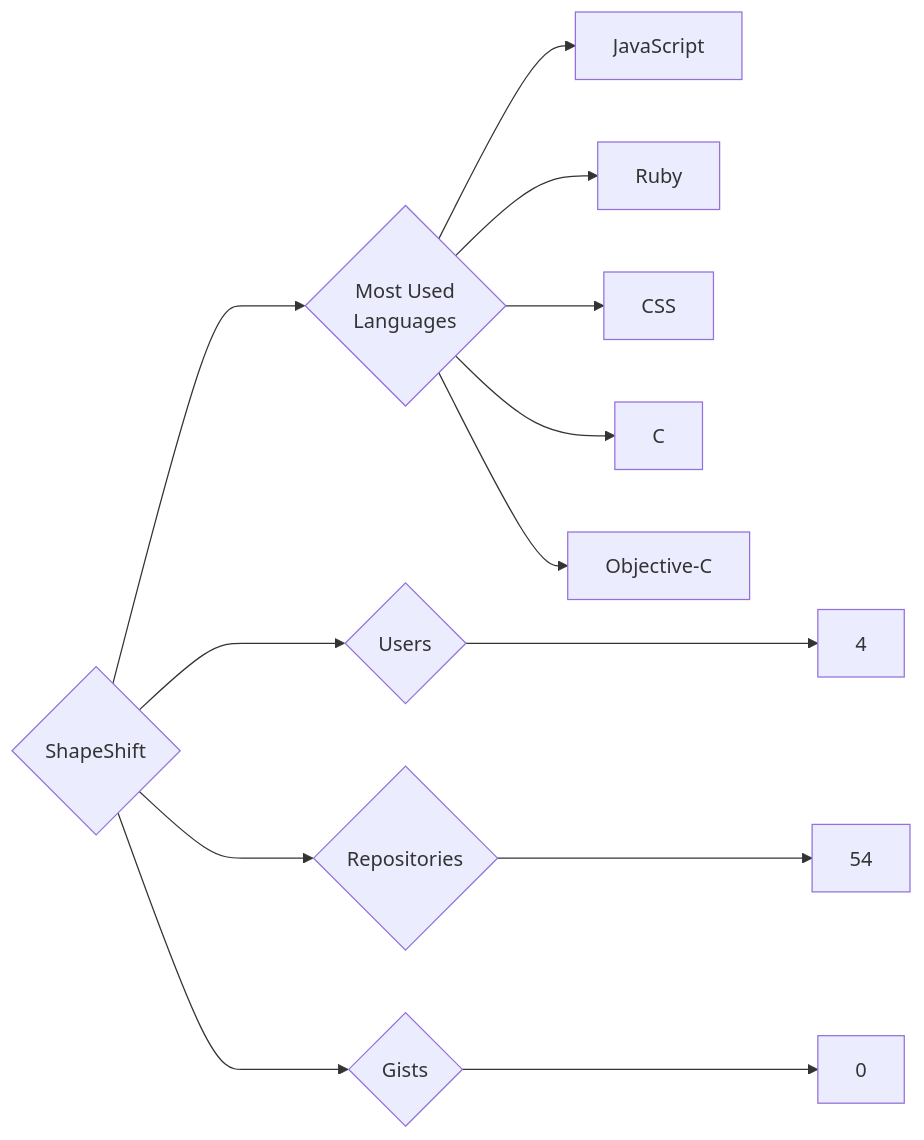
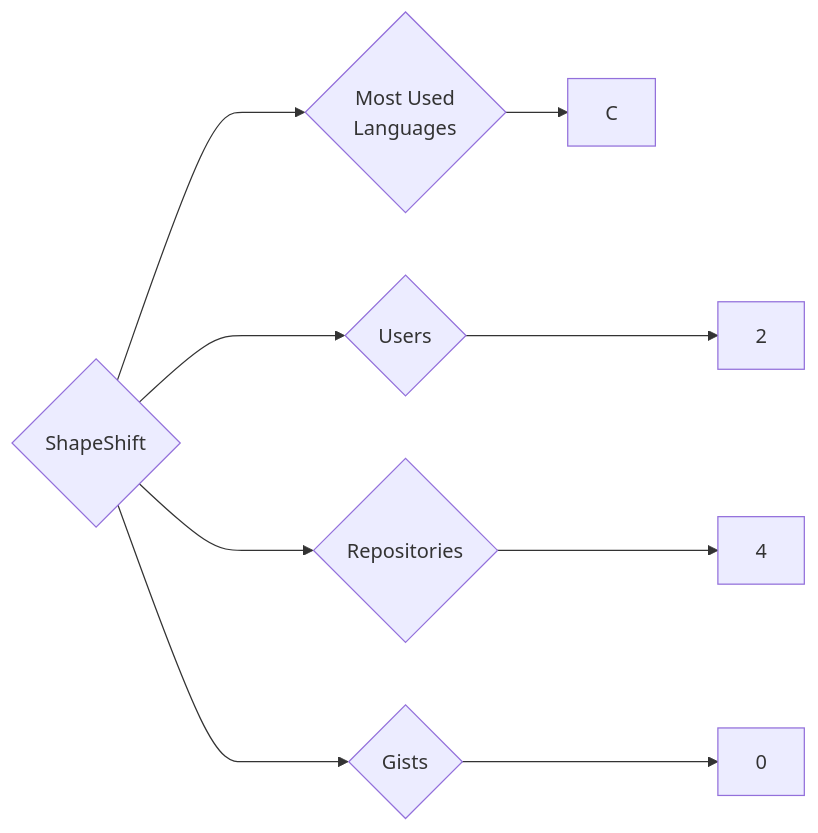
Before and after one commit to trickest/insiders: the diagram in targets/ShapeShift/README.md, drawn with Mermaid. The commit also changed 1496 other files, not shown here.

````diff
--- a/targets/ShapeShift/README.md
+++ b/targets/ShapeShift/README.md
@@ -3,13 +3,9 @@
 ```mermaid
 graph LR
 COMPANY_NAME{ShapeShift}
-COMPANY_NAME ---> U{Users} ---> UN[4]
-COMPANY_NAME ---> R{Repositories} ---> RN[54]
+COMPANY_NAME ---> U{Users} ---> UN[2]
+COMPANY_NAME ---> R{Repositories} ---> RN[4]
 COMPANY_NAME ---> G{Gists} ---> GN[0]
 COMPANY_NAME ---> ML{Most Used<br>Languages}
-ML --> JavaScript[JavaScript]
-ML --> Ruby[Ruby]
-ML --> CSS[CSS]
 ML --> C[C]
-ML --> Objective-C[Objective-C]
 ```
````
